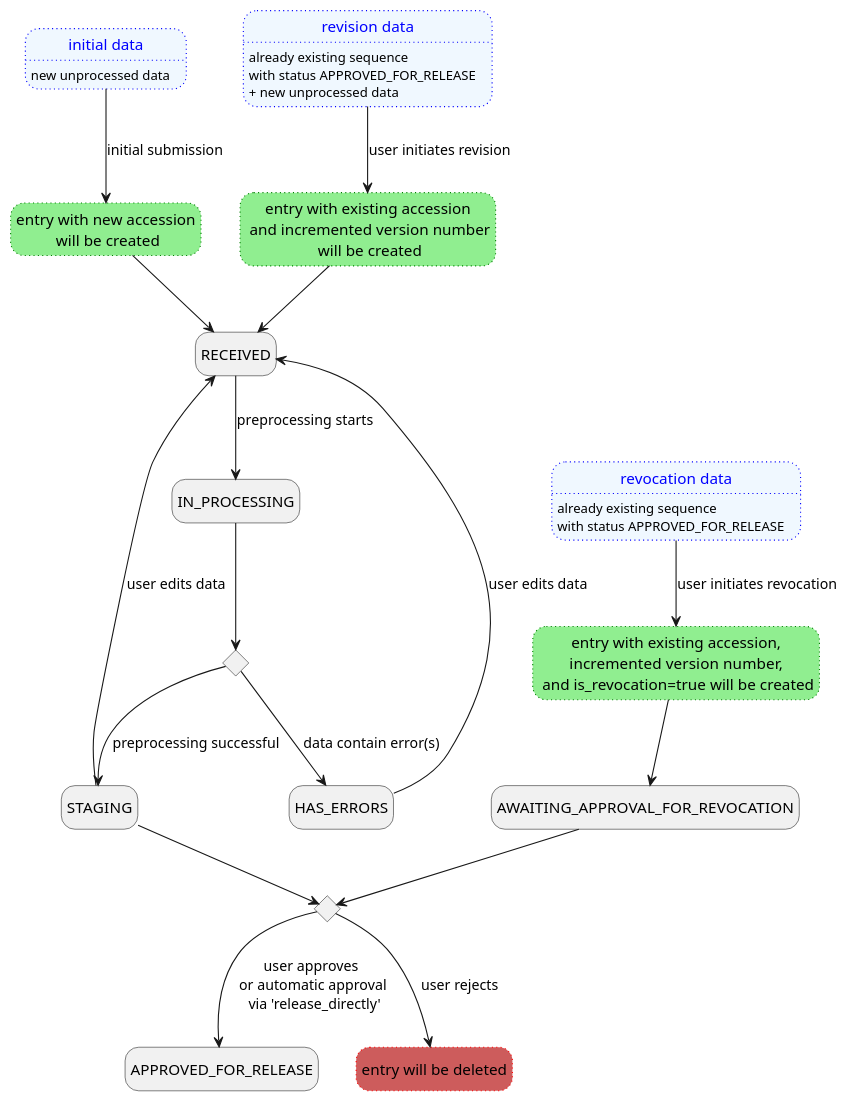
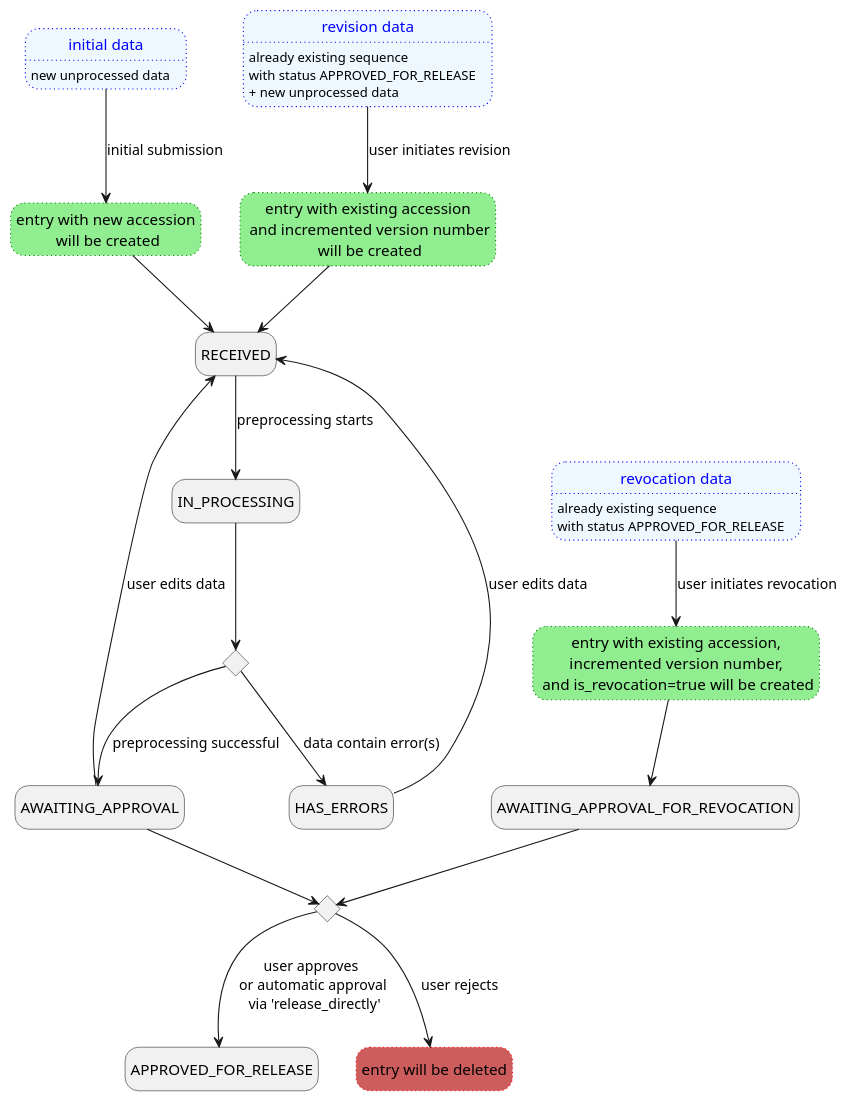
The diagram in backend/docs/plantuml/statusChange.puml (loculus-project/loculus), drawn with PlantUML before and after one commit. The commit also changed 7 other files, not shown here.

First line of the commit message:
docs(backend): complete rename "STAGING" -> "AWAITING_APPROVAL" [skip ci] (#909)

```diff
--- a/backend/docs/plantuml/statusChange.puml
+++ b/backend/docs/plantuml/statusChange.puml
@@ -1,54 +1,55 @@
 @startuml
     hide empty description
 
     ' input data
     state INITIAL_DATA as "initial data" #aliceblue;line:blue;line.dotted;text:blue {
         INITIAL_DATA: new unprocessed data
         }
     state REVISION_DATA as "revision data" #aliceblue;line:blue;line.dotted;text:blue {
         REVISION_DATA: already existing sequence
         REVISION_DATA: with status APPROVED_FOR_RELEASE
         REVISION_DATA: + new unprocessed data
     }
     state REVOKED_DATA as "revocation data" #aliceblue;line:blue;line.dotted;text:blue{
         REVOKED_DATA: already existing sequence
         REVOKED_DATA: with status APPROVED_FOR_RELEASE
     }
 
     ' status states
     state AWAITING_APPROVAL_FOR_REVOCATION
     state RECEIVED
     state IN_PROCESSING
     state HAS_ERRORS
     state RECEIVED
     state APPROVED_FOR_RELEASE
+    state AWAITING_APPROVAL
 
     ' actions
     state CREATING_SUBMIT as "entry with new accession\n will be created" #lightgreen;line:green;line.dotted
     state CREATING_REVISE as "entry with existing accession\n and incremented version number\n will be created" #lightgreen;line:green;line.dotted
     state CREATING_REVOKE as "entry with existing accession,\n incremented version number, \n and is_revocation=true will be created" #lightgreen;line:green;line.dotted
     state DELETION as "entry will be deleted" #IndianRed;line:red;line.dotted
     state is_error <<choice>>
     state is_approved <<choice>>
 
     ' transitions
     INITIAL_DATA --> CREATING_SUBMIT : initial submission
     CREATING_SUBMIT --> RECEIVED
     REVISION_DATA --> CREATING_REVISE : user initiates revision
     CREATING_REVISE --> RECEIVED
 
     REVOKED_DATA --> CREATING_REVOKE : user initiates revocation
     CREATING_REVOKE --> AWAITING_APPROVAL_FOR_REVOCATION
     AWAITING_APPROVAL_FOR_REVOCATION --> is_approved
 
     RECEIVED --> IN_PROCESSING : preprocessing starts
     IN_PROCESSING --> is_error
     is_error --> HAS_ERRORS : data contain error(s)
     HAS_ERRORS --> RECEIVED : user edits data
-    STAGING --> RECEIVED : user edits data
-    is_error --> STAGING : preprocessing successful
-    STAGING --> is_approved
+    AWAITING_APPROVAL --> RECEIVED : user edits data
+    is_error --> AWAITING_APPROVAL : preprocessing successful
+    AWAITING_APPROVAL --> is_approved
     is_approved --> APPROVED_FOR_RELEASE : user approves \nor automatic approval\n via 'release_directly'
     is_approved --> DELETION : user rejects
 
 @enduml
```
